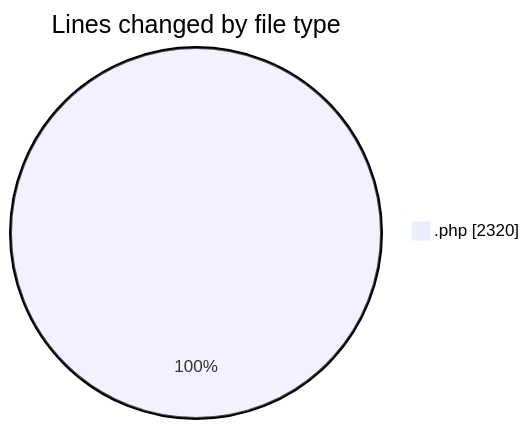
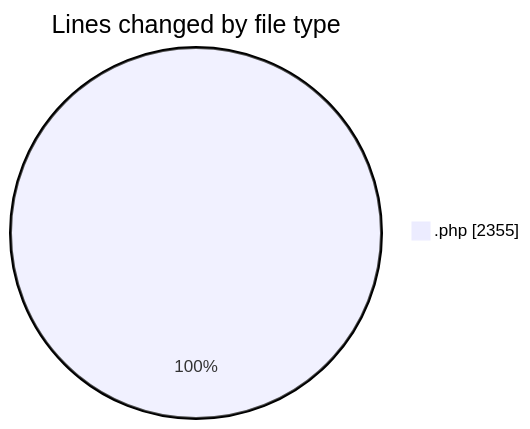
Before and after one commit to debugP/code-tracking: the first of 2 diagrams in 2025-10-08/untitled__workspace_/README.md, drawn with Mermaid. The commit also changed other lines of this file and 1 other file, not shown here.

````diff
--- a/2025-10-08/untitled__workspace_/README.md
+++ b/2025-10-08/untitled__workspace_/README.md
@@ -24,5 +24,5 @@
 ```mermaid
 pie showData
 title Lines changed by file type
-".php" : 2320
+".php" : 2355
 ```
````
